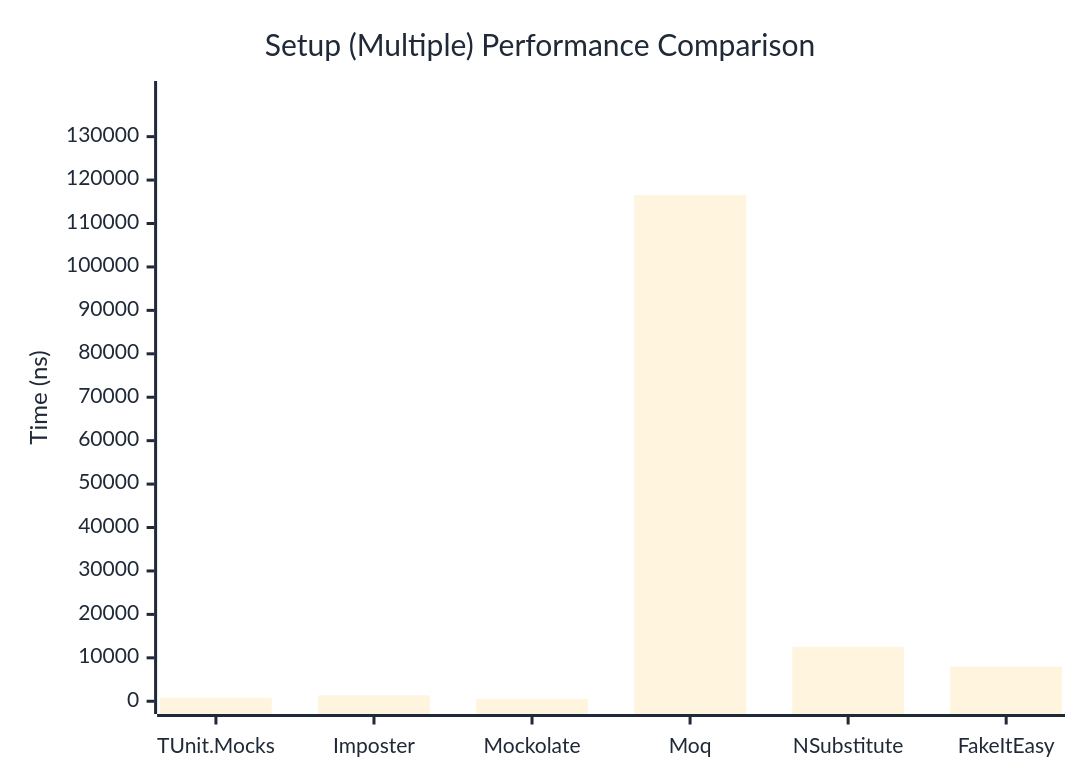
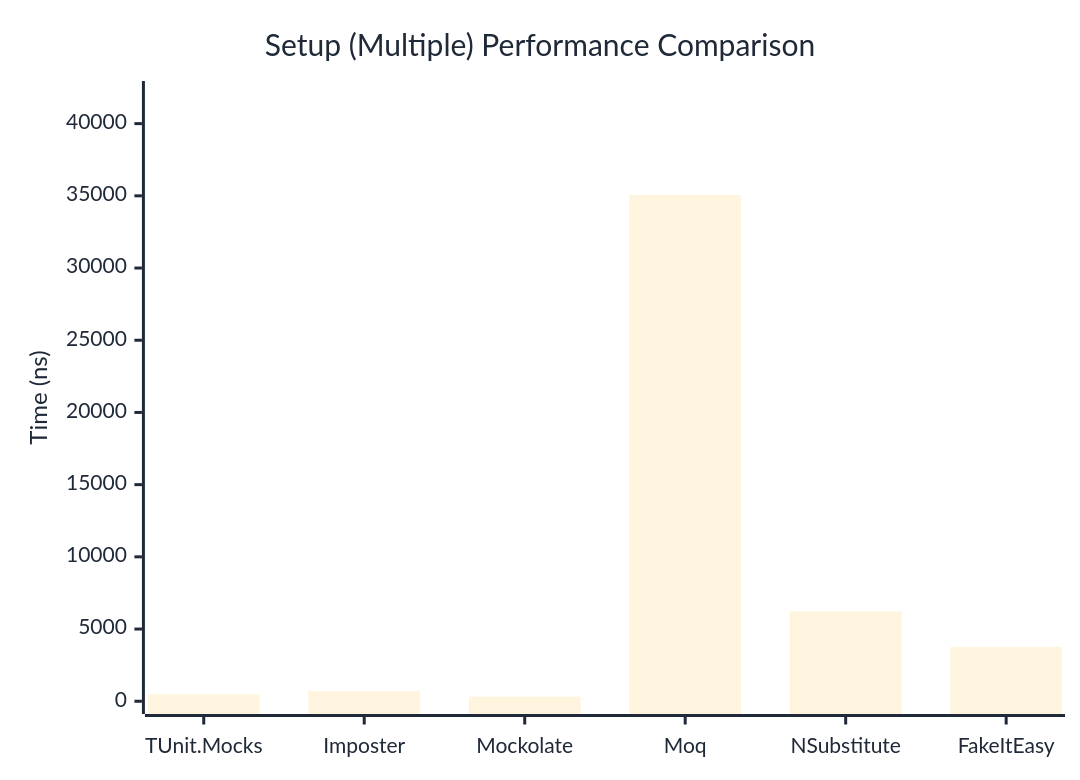
The second of 2 diagrams in docs/docs/benchmarks/mocks/Setup.md (thomhurst/TUnit), drawn with Mermaid before and after one commit. The commit also changed other lines of this file and 14 other files, not shown here.

````diff
--- a/docs/docs/benchmarks/mocks/Setup.md
+++ b/docs/docs/benchmarks/mocks/Setup.md
@@ -71,27 +71,27 @@
 ```mermaid
 %%{init: {
   'theme':'base',
   'themeVariables': {
     'primaryColor': '#2563eb',
     'primaryTextColor': '#1f2937',
     'primaryBorderColor': '#1e40af',
     'lineColor': '#6b7280',
     'secondaryColor': '#7c3aed',
     'tertiaryColor': '#dc2626',
     'background': '#ffffff',
     'pie1': '#2563eb',
     'pie2': '#7c3aed',
     'pie3': '#dc2626',
     'pie4': '#f59e0b',
     'pie5': '#10b981',
     'pie6': '#06b6d4',
     'pie7': '#ec4899',
     'pie8': '#6366f1'
   }
 }}%%
 xychart-beta
   title "Setup (Multiple) Performance Comparison"
   x-axis ["TUnit.Mocks", "Imposter", "Mockolate", "Moq", "NSubstitute", "FakeItEasy"]
-  y-axis "Time (ns)" 0 --> 139878
-  bar [780, 1348.4, 525.3, 116564.2, 12541.9, 7975.1]
+  y-axis "Time (ns)" 0 --> 42069
+  bar [472.6, 702.5, 312.6, 35057.1, 6228.1, 3762.9]
 ```
````
